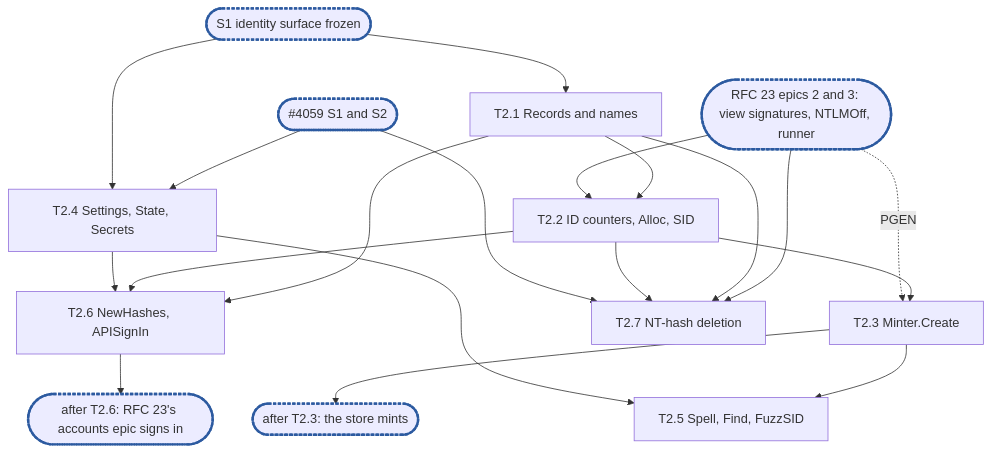
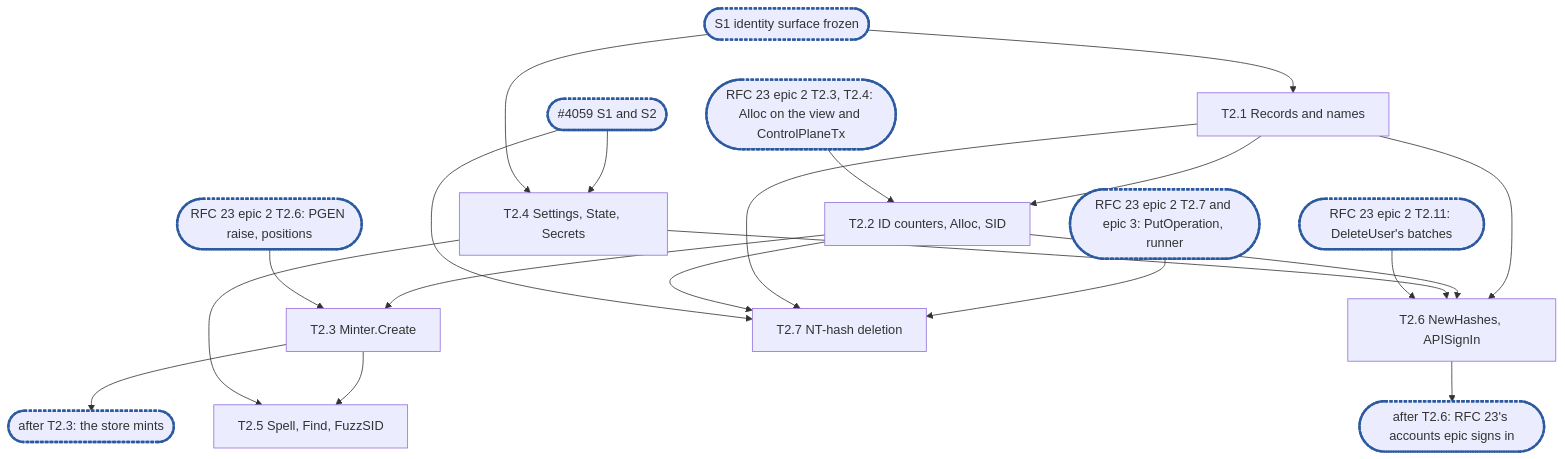
Before and after one commit to cubbit/dittofs: the diagram in docs/internals/planning/rfc-18-identity-epic2.md, drawn with Mermaid. The commit also changed other lines of this file, not shown here.

Commit message:
docs(planning): align RFC 18 epic 2 with RFC 23 epic 2 and epics 1–6

````diff
--- a/docs/internals/planning/rfc-18-identity-epic2.md
+++ b/docs/internals/planning/rfc-18-identity-epic2.md
@@ -577,17 +611,18 @@
 ```mermaid
 flowchart TD
   S1(["S1 identity surface frozen"]):::sync --> T2_1["T2.1 Records and names"]
   T2_1 --> T2_2["T2.2 ID counters, Alloc, SID"]
   T2_2 --> T2_3["T2.3 Minter.Create"]
   T2_3 --> C1(["after T2.3: the store mints"]):::sync
   X59(["#4059 S1 and S2"]):::sync --> T2_4["T2.4 Settings, State, Secrets"]
   S1 --> T2_4
   T2_3 & T2_4 --> T2_5["T2.5 Spell, Find, FuzzSID"]
   T2_1 & T2_2 & T2_4 --> T2_6["T2.6 NewHashes, APISignIn"]
   T2_6 --> C2(["after T2.6: RFC 23's accounts epic signs in"]):::sync
-  X23(["RFC 23 epics 2 and 3: view signatures, NTLMOff, runner"]):::sync --> T2_7["T2.7 NT-hash deletion"]
+  X23a(["RFC 23 epic 2 T2.3, T2.4: Alloc on the view and ControlPlaneTx"]):::sync --> T2_2
+  X23b(["RFC 23 epic 2 T2.6: PGEN raise, positions"]):::sync --> T2_3
+  X23c(["RFC 23 epic 2 T2.11: DeleteUser's batches"]):::sync --> T2_6
+  X23d(["RFC 23 epic 2 T2.7 and epic 3: PutOperation, runner"]):::sync --> T2_7["T2.7 NT-hash deletion"]
   T2_1 & T2_2 & X59 --> T2_7
-  X23 --> T2_2
-  X23 -. "PGEN" .-> T2_3
   classDef sync stroke:#2c5aa0,stroke-width:3px,stroke-dasharray:4 2
 ```
````
